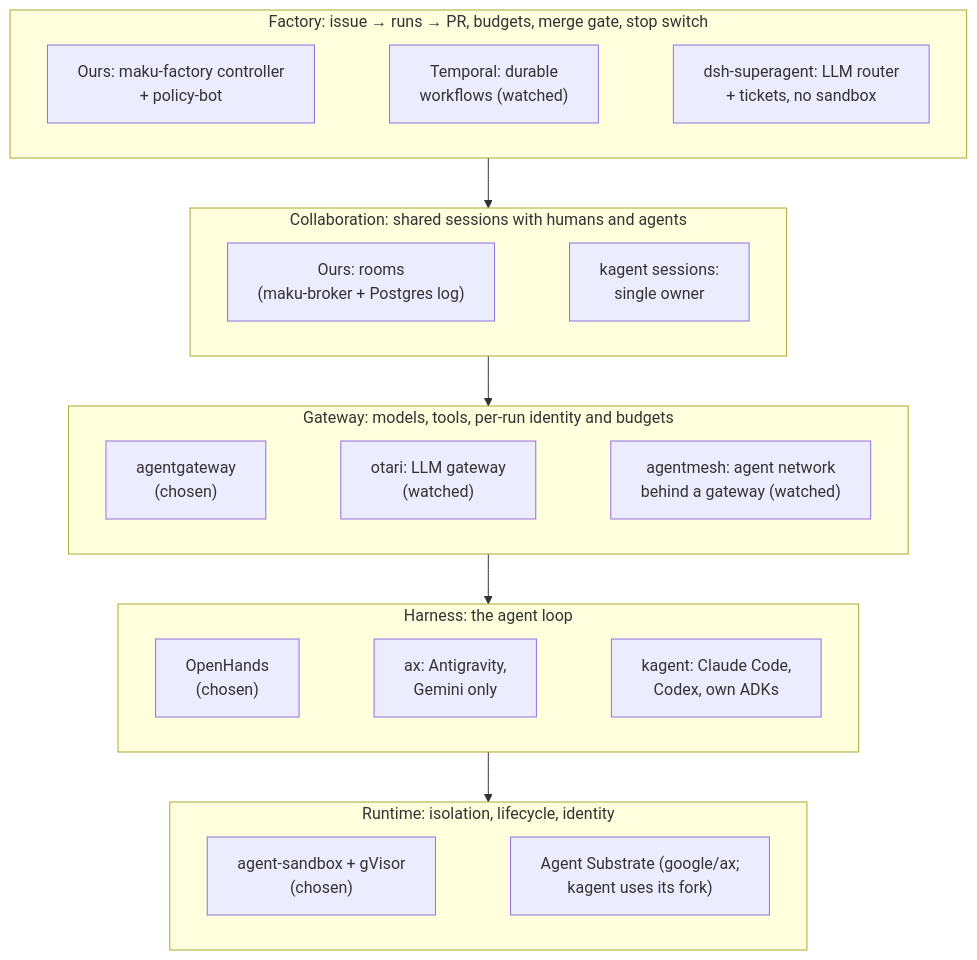
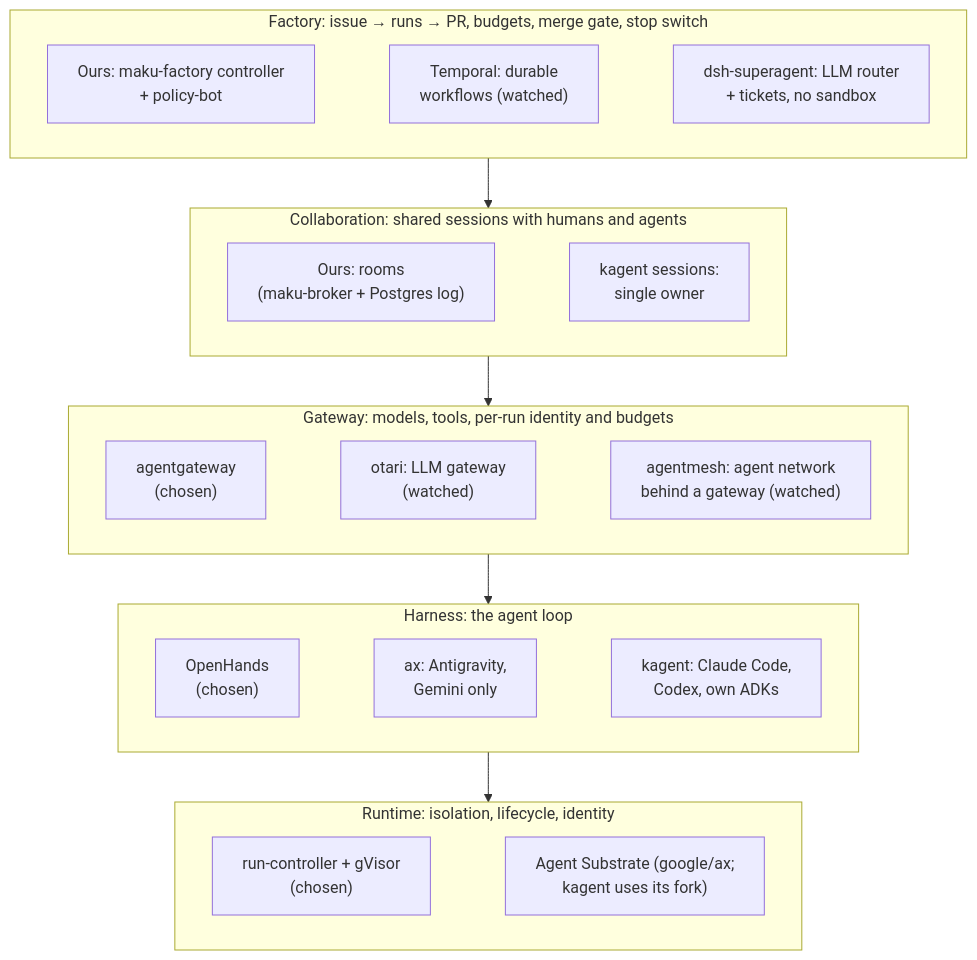
The diagram in website/content/docs/how-it-works/alternatives.md (Smana/ai-native-ref), drawn with Mermaid before and after one commit. The commit also changed other lines of this file and 35 other files, not shown here.

First line of the commit message:
docs: bring the site and runbooks in line with the run-controller (R3) (#389)

````diff
--- a/website/content/docs/how-it-works/alternatives.md
+++ b/website/content/docs/how-it-works/alternatives.md
@@ -42,25 +42,25 @@
 ```mermaid
 %%{init: {"flowchart": {"wrappingWidth": 400}}}%%
 flowchart TB
   subgraph L5["Factory: issue → runs → PR, budgets, merge gate, stop switch"]
     direction LR
     F5["Ours: maku-factory controller<br/>+ policy-bot"] ~~~ T5["Temporal: durable<br/>workflows (watched)"] ~~~ D5["dsh-superagent: LLM router<br/>+ tickets, no sandbox"]
   end
   subgraph L4["Collaboration: shared sessions with humans and agents"]
     direction LR
     F4["Ours: rooms<br/>(maku-broker + Postgres log)"] ~~~ K4["kagent sessions:<br/>single owner"]
   end
   subgraph L3["Gateway: models, tools, per-run identity and budgets"]
     direction LR
     F3["agentgateway<br/>(chosen)"] ~~~ O3["otari: LLM gateway<br/>(watched)"] ~~~ M3["agentmesh: agent network<br/>behind a gateway (watched)"]
   end
   subgraph L2["Harness: the agent loop"]
     direction LR
     F2["OpenHands<br/>(chosen)"] ~~~ A2["ax: Antigravity,<br/>Gemini only"] ~~~ K2["kagent: Claude Code,<br/>Codex, own ADKs"]
   end
   subgraph L1["Runtime: isolation, lifecycle, identity"]
     direction LR
-    F1["agent-sandbox + gVisor<br/>(chosen)"] ~~~ S1["Agent Substrate (google/ax;<br/>kagent uses its fork)"]
+    F1["run-controller + gVisor<br/>(chosen)"] ~~~ S1["Agent Substrate (google/ax;<br/>kagent uses its fork)"]
   end
   L5 --> L4 --> L3 --> L2 --> L1
 ```
````
